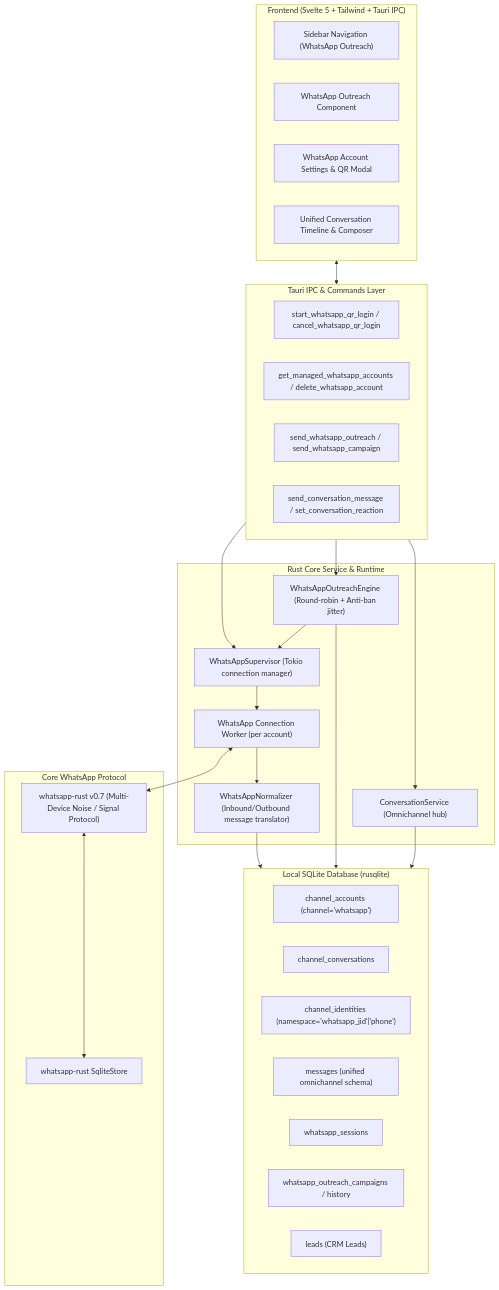
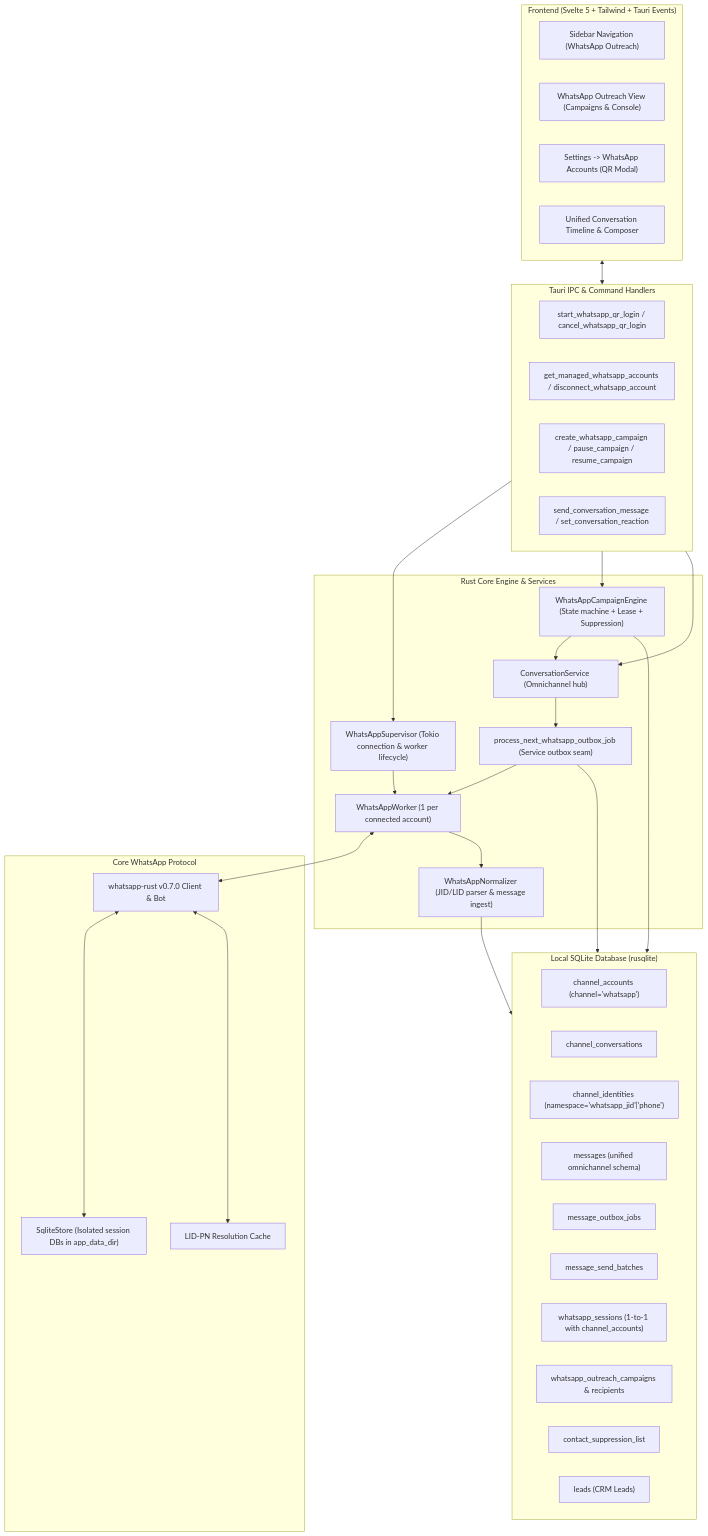
The first of 2 diagrams in docs/superpowers/specs/2026-08-26-whatsapp-integration-design.md (creditbird/rustsale), drawn with Mermaid before and after one commit. The commit also changed other lines of this file, not shown here.

Commit message:
docs: update WhatsApp design spec to v1.1 addressing architectural review and Tier 3 harness

````diff
--- a/docs/superpowers/specs/2026-08-26-whatsapp-integration-design.md
+++ b/docs/superpowers/specs/2026-08-26-whatsapp-integration-design.md
@@ -18,52 +18,60 @@
 ```mermaid
 flowchart TB
-    subgraph UI ["Frontend (Svelte 5 + Tailwind + Tauri IPC)"]
+    subgraph Frontend ["Frontend (Svelte 5 + Tailwind + Tauri Events)"]
         Sidebar["Sidebar Navigation (WhatsApp Outreach)"]
-        WAOutreachView["WhatsApp Outreach Component"]
-        WASettingsView["WhatsApp Account Settings & QR Modal"]
+        WAOutreachView["WhatsApp Outreach View (Campaigns & Console)"]
+        WASettingsView["Settings -> WhatsApp Accounts (QR Modal)"]
         InboxView["Unified Conversation Timeline & Composer"]
     end
 
-    subgraph TauriIPC ["Tauri IPC & Commands Layer"]
+    subgraph TauriIPC ["Tauri IPC & Command Handlers"]
         cmd_login["start_whatsapp_qr_login / cancel_whatsapp_qr_login"]
-        cmd_accounts["get_managed_whatsapp_accounts / delete_whatsapp_account"]
-        cmd_outreach["send_whatsapp_outreach / send_whatsapp_campaign"]
+        cmd_accounts["get_managed_whatsapp_accounts / disconnect_whatsapp_account"]
+        cmd_campaigns["create_whatsapp_campaign / pause_campaign / resume_campaign"]
         cmd_chat["send_conversation_message / set_conversation_reaction"]
     end
 
-    subgraph ServiceLayer ["Rust Core Service & Runtime"]
-        WASupervisor["WhatsAppSupervisor (Tokio connection manager)"]
-        WARuntimeWorker["WhatsApp Connection Worker (per account)"]
-        WANormalizer["WhatsAppNormalizer (Inbound/Outbound message translator)"]
-        WAOutreachRunner["WhatsAppOutreachEngine (Round-robin + Anti-ban jitter)"]
+    subgraph CoreServices ["Rust Core Engine & Services"]
+        WASupervisor["WhatsAppSupervisor (Tokio connection & worker lifecycle)"]
+        WARuntimeWorker["WhatsAppWorker (1 per connected account)"]
+        WANormalizer["WhatsAppNormalizer (JID/LID parser & message ingest)"]
+        WAOutboxWorker["process_next_whatsapp_outbox_job (Service outbox seam)"]
+        WACampaignEngine["WhatsAppCampaignEngine (State machine + Lease + Suppression)"]
         ConversationService["ConversationService (Omnichannel hub)"]
     end
 
-    subgraph EngineLayer ["Core WhatsApp Protocol"]
-        WARust["whatsapp-rust v0.7 (Multi-Device Noise / Signal Protocol)"]
-        SqliteStore["whatsapp-rust SqliteStore"]
+    subgraph ProtocolLayer ["Core WhatsApp Protocol"]
+        WARustSDK["whatsapp-rust v0.7.0 Client & Bot"]
+        SqliteStore["SqliteStore (Isolated session DBs in app_data_dir)"]
+        LidPnCache["LID-PN Resolution Cache"]
     end
 
-    subgraph Persistence ["Local SQLite Database (rusqlite)"]
+    subgraph CanonicalDB ["Local SQLite Database (rusqlite)"]
         channel_accounts["channel_accounts (channel='whatsapp')"]
         channel_conversations["channel_conversations"]
         channel_identities["channel_identities (namespace='whatsapp_jid'|'phone')"]
         messages["messages (unified omnichannel schema)"]
-        whatsapp_sessions["whatsapp_sessions"]
-        whatsapp_outreach["whatsapp_outreach_campaigns / history"]
+        message_outbox_jobs["message_outbox_jobs"]
+        message_send_batches["message_send_batches"]
+        whatsapp_sessions["whatsapp_sessions (1-to-1 with channel_accounts)"]
+        whatsapp_campaigns["whatsapp_outreach_campaigns & recipients"]
+        suppression_list["contact_suppression_list"]
         leads["leads (CRM Leads)"]
     end
 
-    UI <--> TauriIPC
+    Frontend <--> TauriIPC
     TauriIPC --> WASupervisor
-    TauriIPC --> WAOutreachRunner
+    TauriIPC --> WACampaignEngine
     TauriIPC --> ConversationService
     WASupervisor --> WARuntimeWorker
-    WARuntimeWorker <--> WARust
-    WARust <--> SqliteStore
+    WARuntimeWorker <--> WARustSDK
+    WARustSDK <--> SqliteStore
+    WARustSDK <--> LidPnCache
     WARuntimeWorker --> WANormalizer
-    WANormalizer --> Persistence
-    WAOutreachRunner --> WASupervisor
-    WAOutreachRunner --> Persistence
-    ConversationService --> Persistence
+    WANormalizer --> CanonicalDB
+    ConversationService --> WAOutboxWorker
+    WAOutboxWorker --> WARuntimeWorker
+    WAOutboxWorker --> CanonicalDB
+    WACampaignEngine --> CanonicalDB
+    WACampaignEngine --> ConversationService
 ```
````
